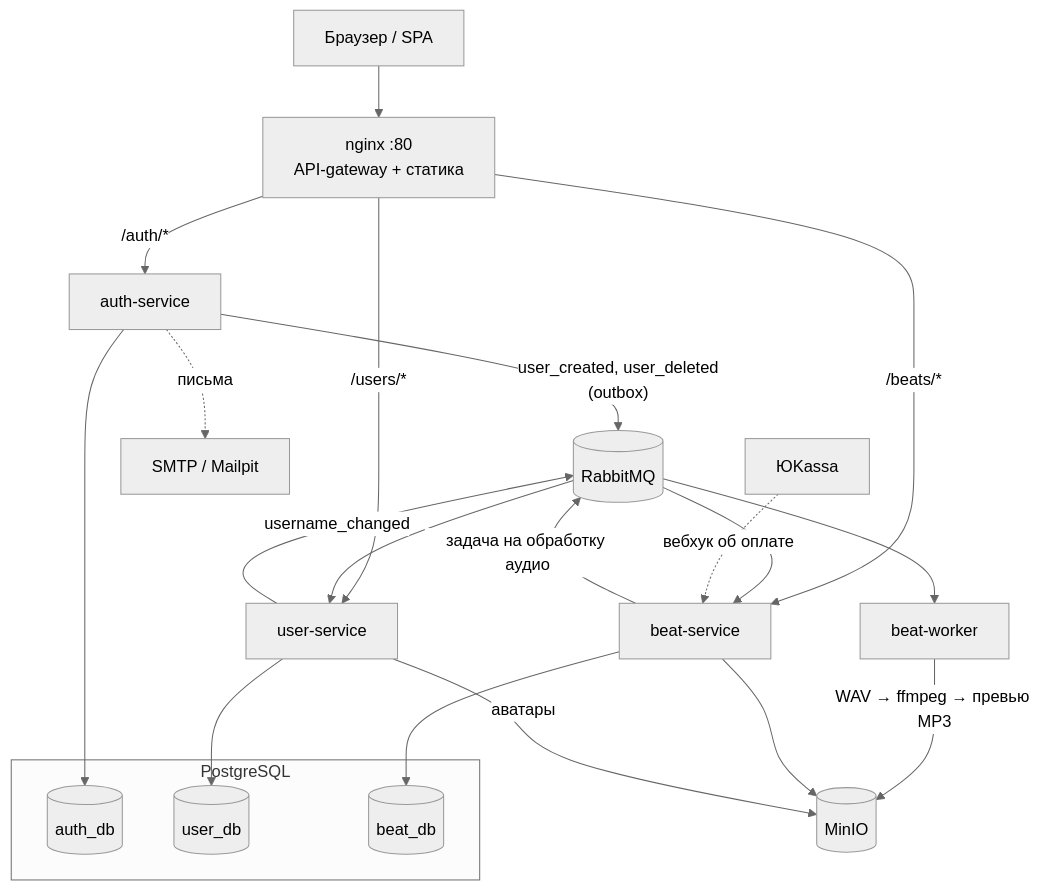
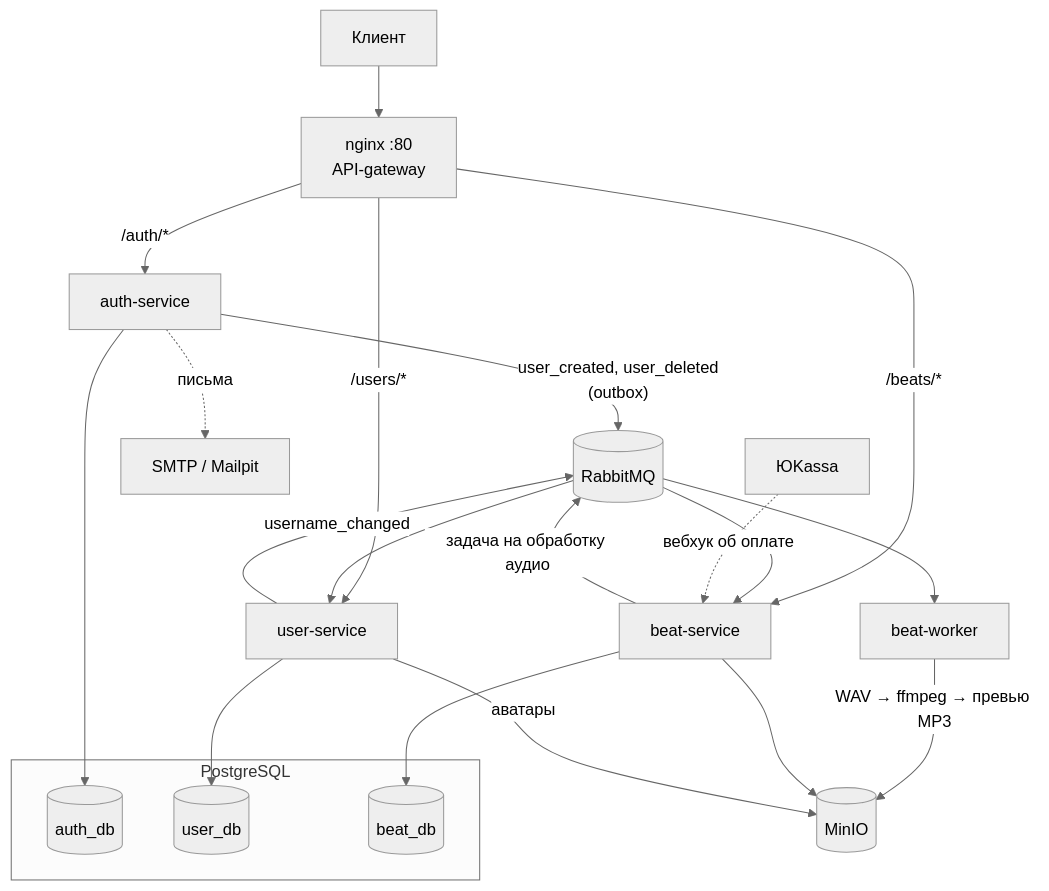
The diagram in README.md (okorokoo/wave-public), drawn with Mermaid (neutral theme) before and after one commit. The commit also changed other lines of this file and 6 other files, not shown here.

````diff
--- a/README.md
+++ b/README.md
@@ -28,32 +27,32 @@
 ```mermaid
 graph TB
-    Client[Браузер / SPA] --> Nginx["nginx :80<br/>API-gateway + статика"]
+    Client[Клиент] --> Nginx["nginx :80<br/>API-gateway"]
 
     Nginx -->|/auth/*| Auth[auth-service]
     Nginx -->|/users/*| User[user-service]
     Nginx -->|/beats/*| Beat[beat-service]
 
     subgraph pg [PostgreSQL]
         AuthDB[(auth_db)]
         UserDB[(user_db)]
         BeatDB[(beat_db)]
     end
 
     Auth --> AuthDB
     User --> UserDB
     Beat --> BeatDB
 
     Auth -->|"user_created, user_deleted<br/>(outbox)"| MQ[(RabbitMQ)]
     User -->|username_changed| MQ
     MQ --> User
     MQ --> Beat
 
     Beat -->|задача на обработку аудио| MQ
     MQ --> Worker[beat-worker]
     Worker -->|"WAV → ffmpeg → превью MP3"| S3[(MinIO)]
     Beat --> S3
     User -->|аватары| S3
 
     Auth -.->|письма| SMTP[SMTP / Mailpit]
     YooKassa[ЮKassa] -.->|вебхук об оплате| Beat
 ```
````
